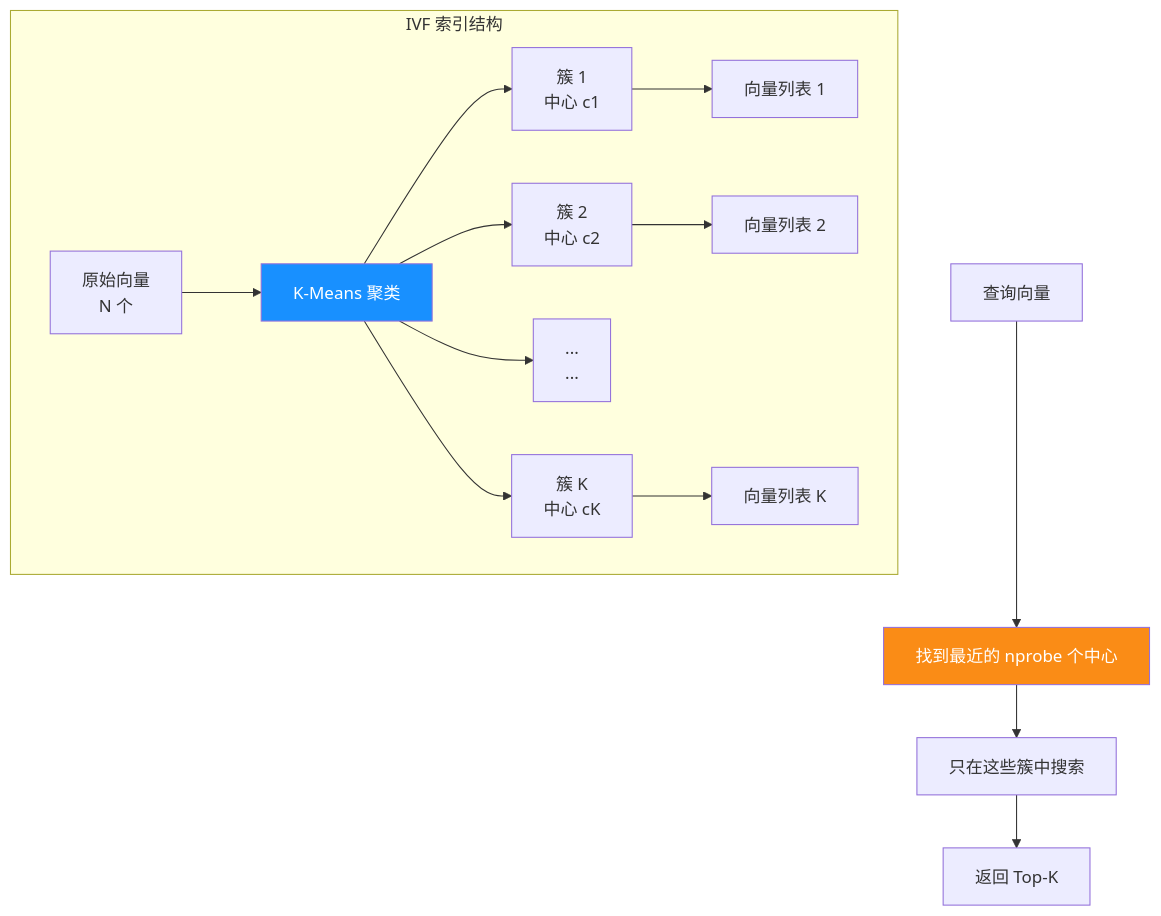
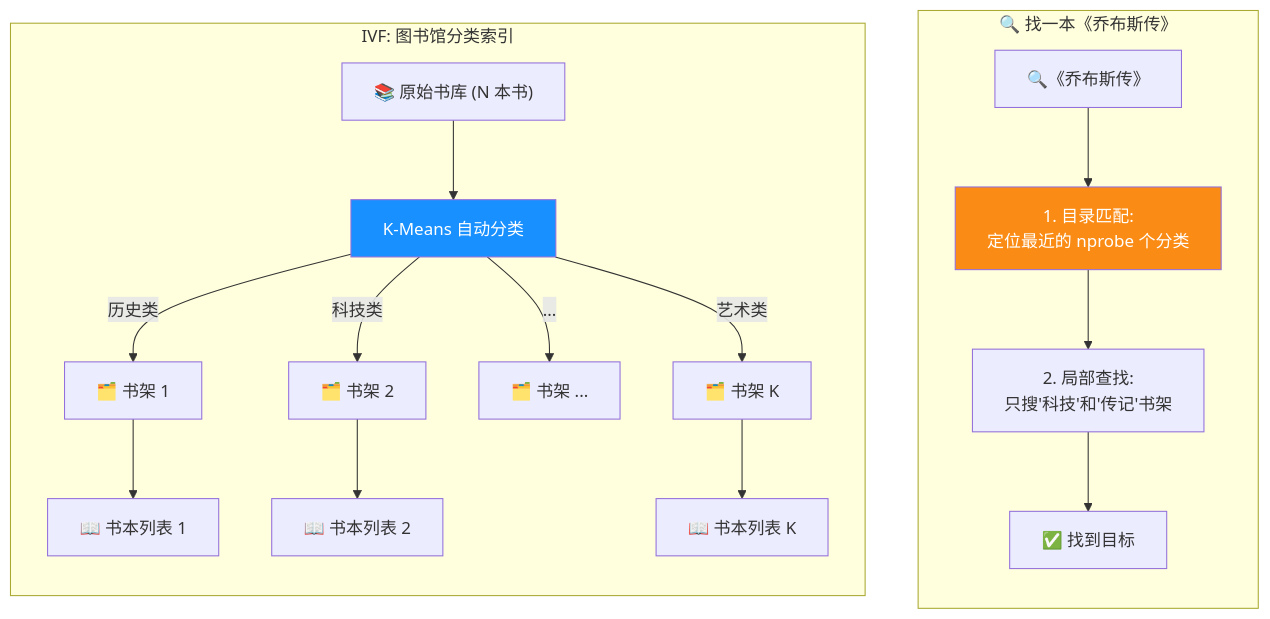
Diagram 13 of 38 in docs/research/003-vector-search-algorithm.md (ThreeFish-AI/agentic-ai-cognizes), drawn with Mermaid before and after one commit. The commit also changed other lines of this file, not shown here.

First line of the commit message:
docs(Research): 优化 IVF 章节的叙述结构与可视化;

````diff
--- a/docs/research/003-vector-search-algorithm.md
+++ b/docs/research/003-vector-search-algorithm.md
@@ -981,21 +983,26 @@
 ```mermaid
 graph TB
-    subgraph "IVF 索引结构"
-        DATA[原始向量<br/>N 个] --> CLUSTER[K-Means 聚类]
-        CLUSTER --> C1[簇 1<br/>中心 c1]
-        CLUSTER --> C2[簇 2<br/>中心 c2]
-        CLUSTER --> C3[...<br/>...]
-        CLUSTER --> CK[簇 K<br/>中心 cK]
-
-        C1 --> V1[向量列表 1]
-        C2 --> V2[向量列表 2]
-        CK --> VK[向量列表 K]
+    subgraph S["🔍 找一本《乔布斯传》"]
+        direction TB
+        Q[🔍《乔布斯传》] --> FIND[1. 目录匹配:<br/>定位最近的 nprobe 个分类]
+        FIND --> SEARCH[2. 局部查找:<br/>只搜'科技'和'传记'书架]
+        SEARCH --> RESULT[✅ 找到目标]
     end
 
-    Q[查询向量] --> FIND[找到最近的 nprobe 个中心]
-    FIND --> SEARCH[只在这些簇中搜索]
-    SEARCH --> RESULT[返回 Top-K]
+    subgraph I["IVF: 图书馆分类索引"]
+        direction TB
+        DATA["📚 原始书库 (N 本书)"] --> CLUSTER[K-Means 自动分类]
+
+        CLUSTER --> |"历史类"| C1[🗂️ 书架 1]
+        CLUSTER --> |"科技类"| C2[🗂️ 书架 2]
+        CLUSTER --> |"..."| C3[🗂️ 书架 ...]
+        CLUSTER --> |"艺术类"| CK[🗂️ 书架 K]
+
+        C1 --> V1[📖 书本列表 1]
+        C2 --> V2[📖 书本列表 2]
+        CK --> VK[📖 书本列表 K]
+    end
 
     style CLUSTER fill:#1890ff,color:#fff
     style FIND fill:#fa8c16,color:#fff
 ```
````
